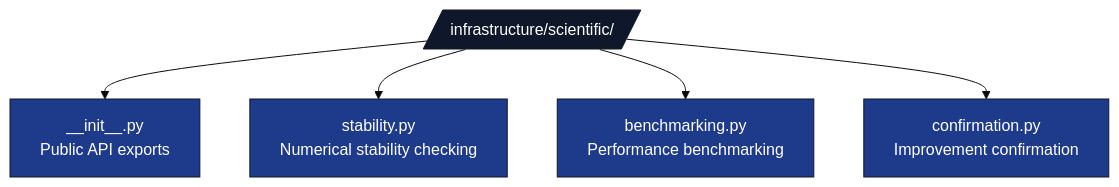
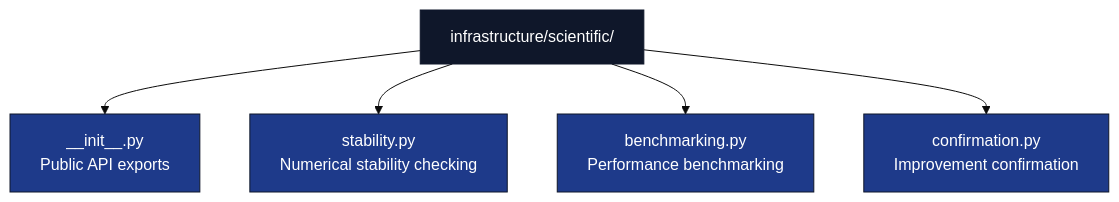
The diagram in infrastructure/scientific/AGENTS.md (docxology/template), drawn with Mermaid (base theme) before and after one commit. The commit also changed 94 other files, not shown here.

````diff
--- a/infrastructure/scientific/AGENTS.md
+++ b/infrastructure/scientific/AGENTS.md
@@ -15,13 +15,13 @@
 ```mermaid
 flowchart TB
-    SCI[/infrastructure/scientific//]
+    SCI[infrastructure/scientific/]
     SCI --> INIT[__init__.py<br/>Public API exports]
     SCI --> STAB[stability.py<br/>Numerical stability checking]
     SCI --> BEN[benchmarking.py<br/>Performance benchmarking]
     SCI --> CONF[confirmation.py<br/>Improvement confirmation]
 
     classDef d fill:#0f172a,stroke:#0f172a,color:#fff
     classDef f fill:#1e3a8a,stroke:#0f172a,color:#fff
     class SCI d
     class INIT,STAB,BEN,CONF f
 ```
````
